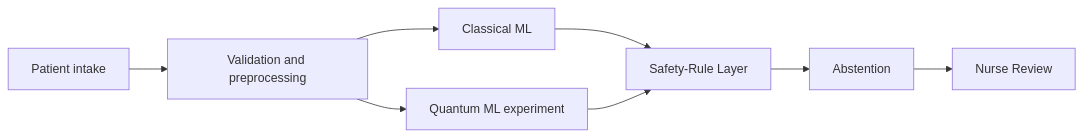
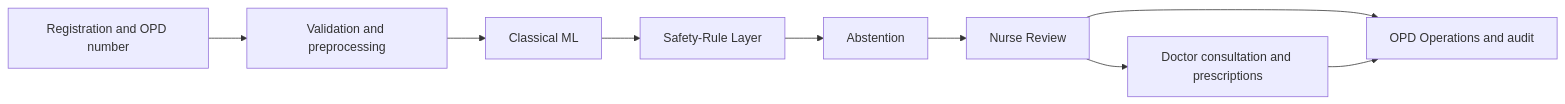
Before and after one commit to Pravallika21-nama/opd-sentinel: the diagram in README.md, drawn with Mermaid. The commit also changed other lines of this file and 88 other files, not shown here.

````diff
--- a/README.md
+++ b/README.md
@@ -11,18 +15,15 @@
 ```mermaid
 flowchart LR
-  intake[Patient intake]
+  reg[Registration and OPD number]
   prep[Validation and preprocessing]
   classical[Classical ML]
-  quantum[Quantum ML experiment]
   rules[Safety-Rule Layer]
   abstain[Abstention]
   nurse[Nurse Review]
+  doctor[Doctor consultation and prescriptions]
+  ops[OPD Operations and audit]
 
-  intake --> prep
-  prep --> classical
-  prep --> quantum
-  classical --> rules
-  quantum --> rules
-  rules --> abstain
-  abstain --> nurse
+  reg --> prep --> classical --> rules --> abstain --> nurse --> doctor
+  nurse --> ops
+  doctor --> ops
 ```
````
